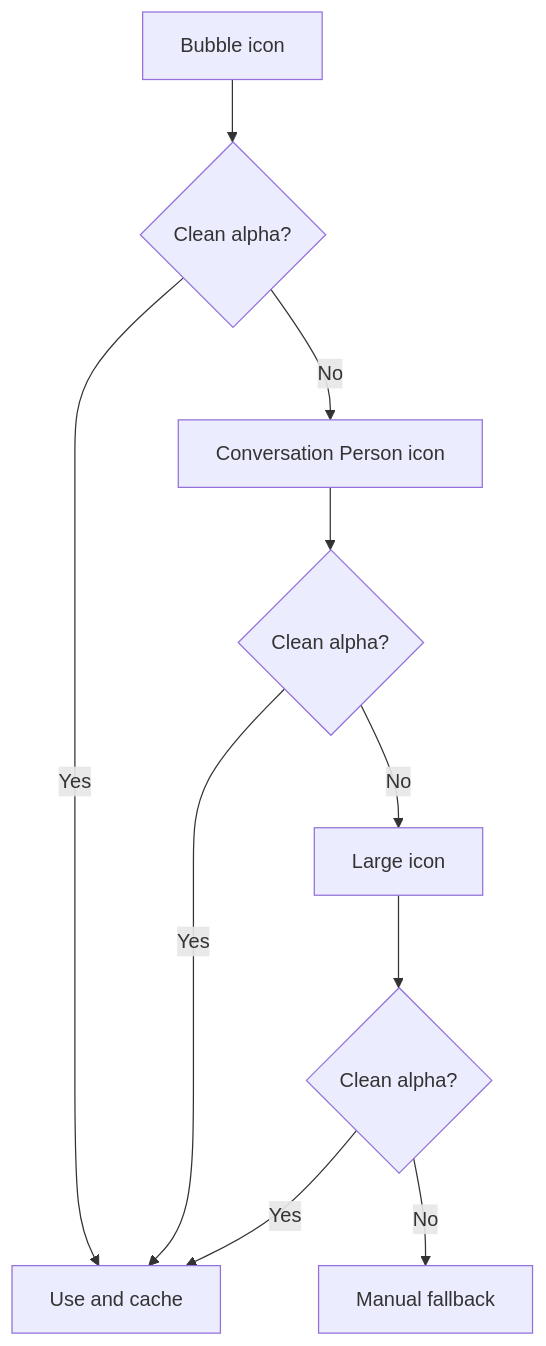
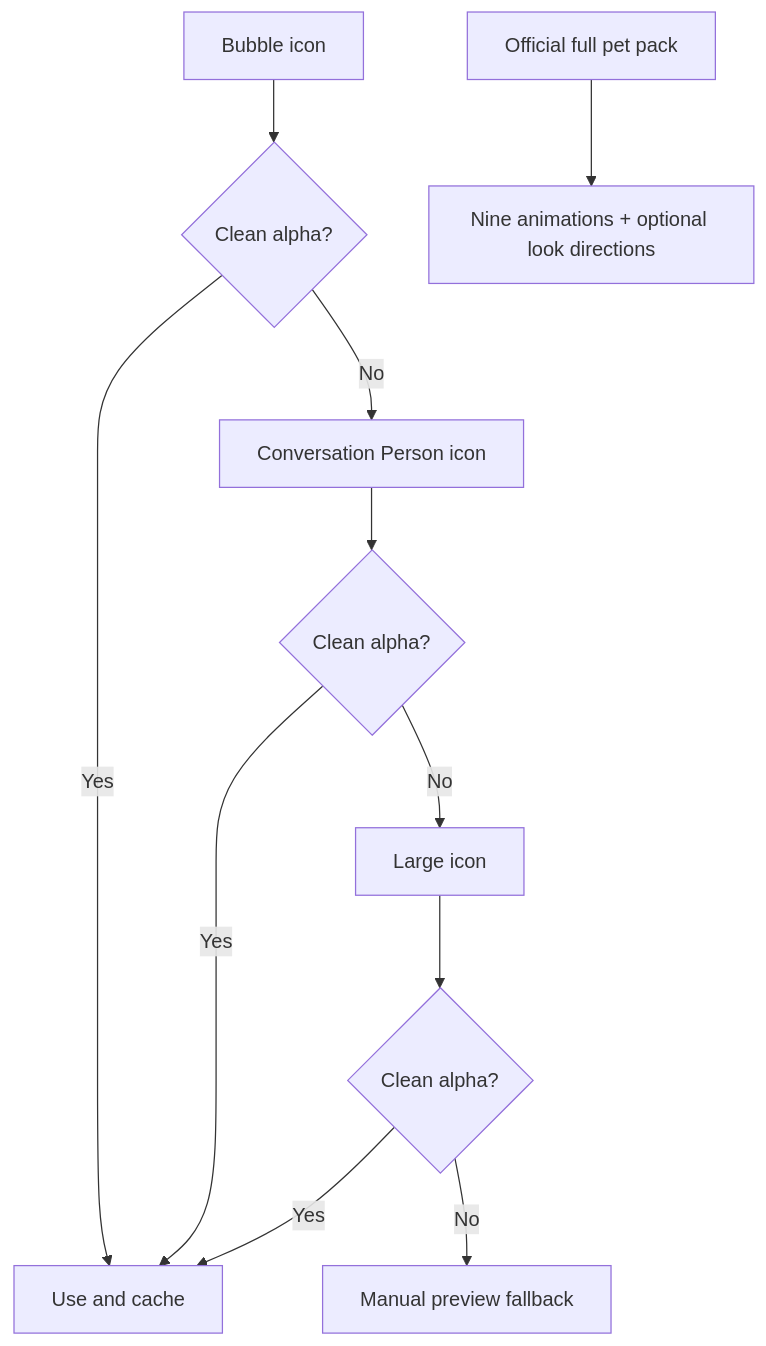
Before and after one commit to 4erk/codex-pet-android: the second of 2 diagrams in docs/architecture.md, drawn with Mermaid. The commit also changed other lines of this file and 31 other files, not shown here.

Commit message:
feat: add adaptive pet animations and live chat bubbles

````diff
--- a/docs/architecture.md
+++ b/docs/architecture.md
@@ -35,12 +36,13 @@
 ```mermaid
 flowchart TD
     B["Bubble icon"] --> G{"Clean alpha?"}
     G -- Yes --> U["Use and cache"]
     G -- No --> C["Conversation Person icon"]
     C --> H{"Clean alpha?"}
     H -- Yes --> U
     H -- No --> L["Large icon"]
     L --> I{"Clean alpha?"}
     I -- Yes --> U
-    I -- No --> M["Manual fallback"]
+    I -- No --> M["Manual preview fallback"]
+    P["Official full pet pack"] --> A["Nine animations + optional look directions"]
 ```
````
